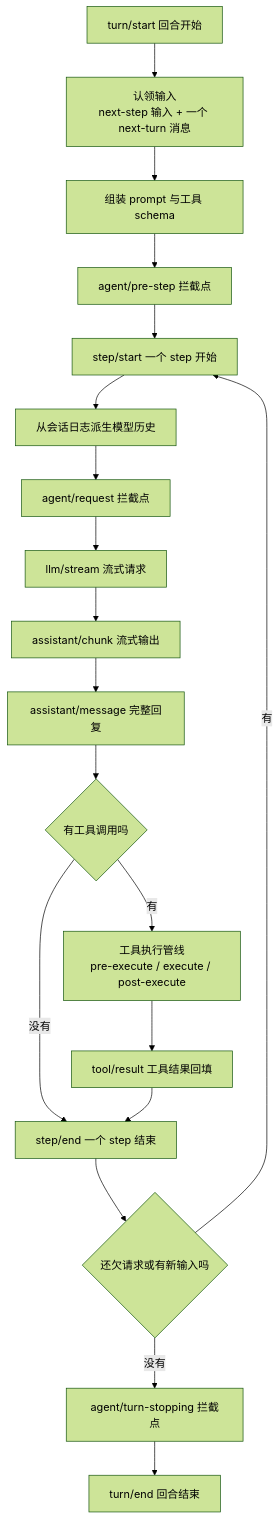
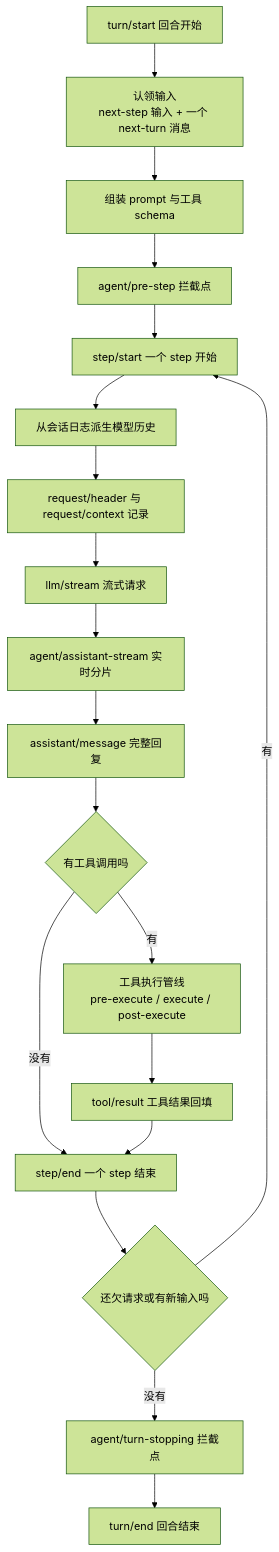
One commit to Chieko3020/Chieko3020.github.io changed the fourth of 16 diagrams in source/_posts/DeepSeek Harness 简析.md. Above: the diagram before and after it, drawn with Mermaid (forest theme). The commit also changed other lines of this file and 4 other files, not shown here.

Commit message:
更新：DeepSeek Harness 简析 升级到 0.2.2-rc.1（事件表、会话格式、preset、subagent 换轴），新增产品形态一节与四张配图

````diff
--- a/source/_posts/DeepSeek Harness 简析.md
+++ b/source/_posts/DeepSeek Harness 简析.md
@@ -386,21 +407,21 @@
 ```mermaid
 graph TB
     START[turn/start 回合开始] --> CLAIM[认领输入<br/>next-step 输入 + 一个 next-turn 消息]
     CLAIM --> ASSEMBLE[组装 prompt 与工具 schema]
     ASSEMBLE --> PRESTEP[agent/pre-step 拦截点]
     PRESTEP --> STEP[step/start 一个 step 开始]
     STEP --> DERIVE[从会话日志派生模型历史]
-    DERIVE --> REQ[agent/request 拦截点]
+    DERIVE --> REQ[request/header 与 request/context 记录]
     REQ --> LLM[llm/stream 流式请求]
-    LLM --> CHUNK[assistant/chunk 流式输出]
+    LLM --> CHUNK[agent/assistant-stream 实时分片]
     CHUNK --> MSG[assistant/message 完整回复]
     MSG --> TC{有工具调用吗}
     TC -->|没有| STEPEND
     TC -->|有| PIPE[工具执行管线<br/>pre-execute / execute / post-execute]
     PIPE --> TR[tool/result 工具结果回填]
     TR --> STEPEND[step/end 一个 step 结束]
     STEPEND --> MORE{还欠请求或有新输入吗}
     MORE -->|有| STEP
     MORE -->|没有| STOPPING[agent/turn-stopping 拦截点]
     STOPPING --> TURNEND[turn/end 回合结束]
 ```
````
